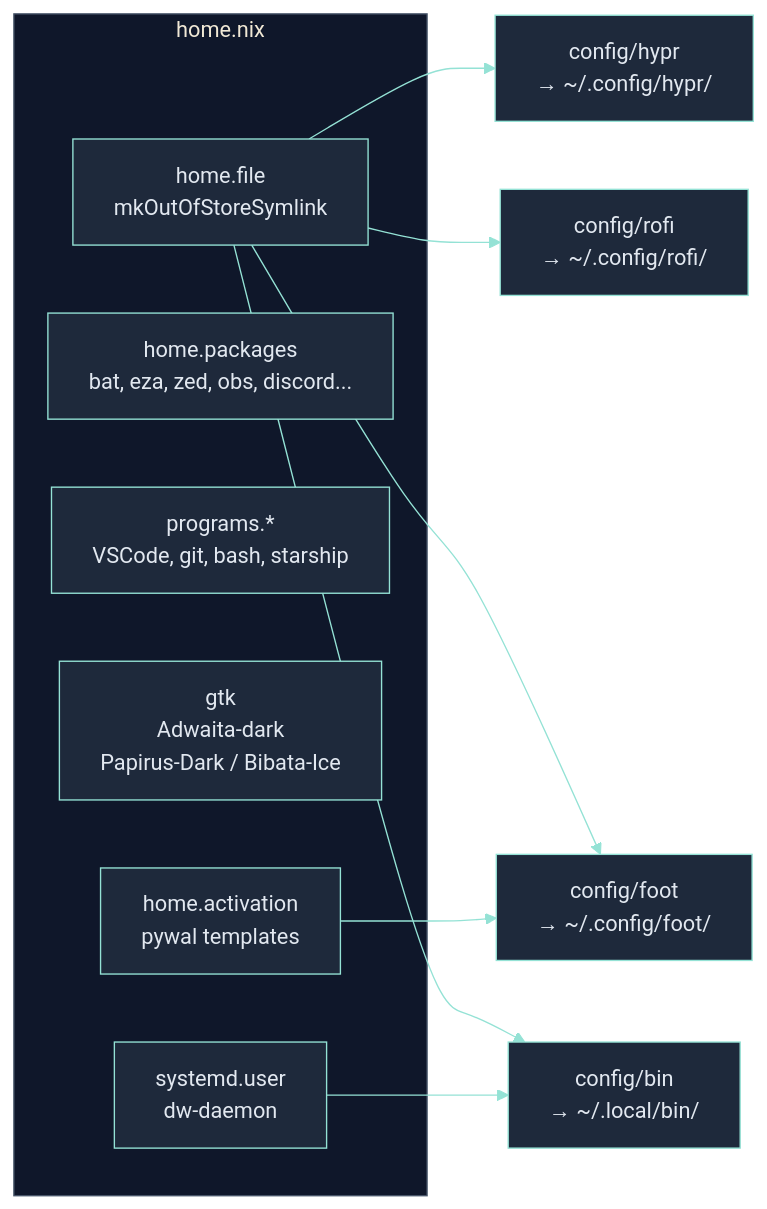
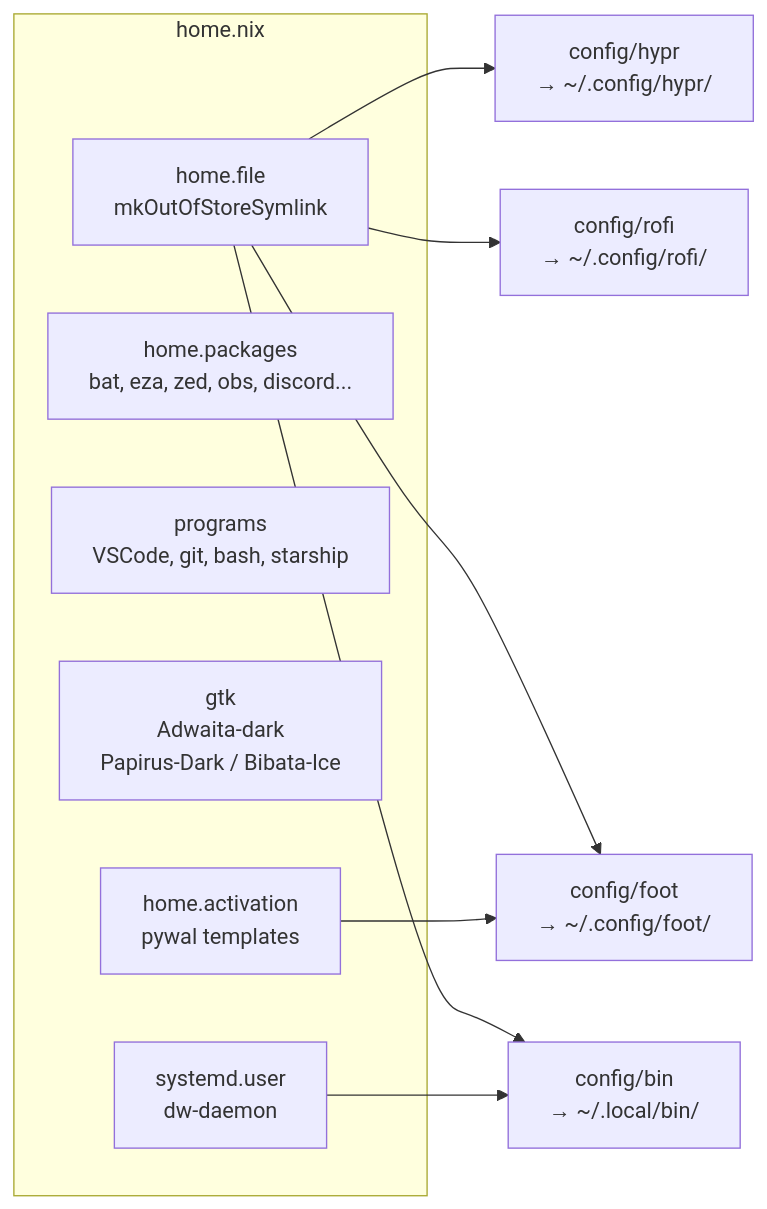
One commit to RomeoCavazza/nixos-config changed the fourth of 8 diagrams in docs/README.md. Above: the diagram before and after it, drawn with Mermaid. The commit also changed other lines of this file, not shown here.

Commit message:
docs: fix Mermaid parse errors, clean stray PNGs, use default GitHub colors

````diff
--- a/docs/README.md
+++ b/docs/README.md
@@ -170,24 +167,23 @@
 ```mermaid
-%%{init: {'theme': 'base', 'themeVariables': { 'primaryColor': '#1e293b', 'secondaryColor': '#0f172a', 'tertiaryColor': '#0f172a', 'primaryBorderColor': '#94e2d5', 'lineColor': '#94e2d5', 'primaryTextColor': '#e2e8f0', 'clusterBkg': '#0f172a', 'clusterBorder': '#475569' }}}%%
 flowchart LR
   subgraph hm["home.nix"]
     dotfiles["home.file\nmkOutOfStoreSymlink"]
     pkgs["home.packages\nbat, eza, zed, obs, discord..."]
-    progs["programs.*\nVSCode, git, bash, starship"]
+    progs["programs\nVSCode, git, bash, starship"]
     gtk["gtk\nAdwaita-dark\nPapirus-Dark / Bibata-Ice"]
     svc["systemd.user\ndw-daemon"]
     act["home.activation\npywal templates"]
   end
 
   hypr["config/hypr\n→ ~/.config/hypr/"]
   rofi["config/rofi\n→ ~/.config/rofi/"]
   foot["config/foot\n→ ~/.config/foot/"]
   bin["config/bin\n→ ~/.local/bin/"]
 
   dotfiles --> hypr
   dotfiles --> rofi
   dotfiles --> foot
   dotfiles --> bin
   svc --> bin
   act --> foot
 ```
````
